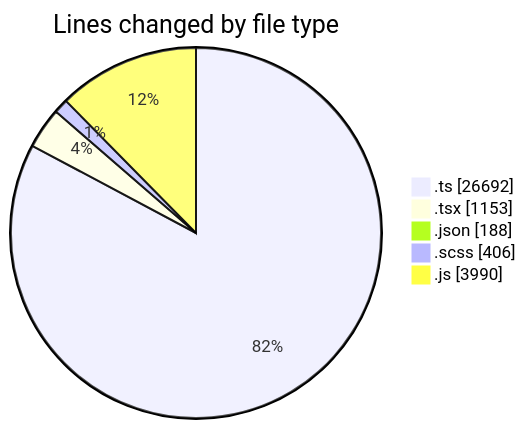
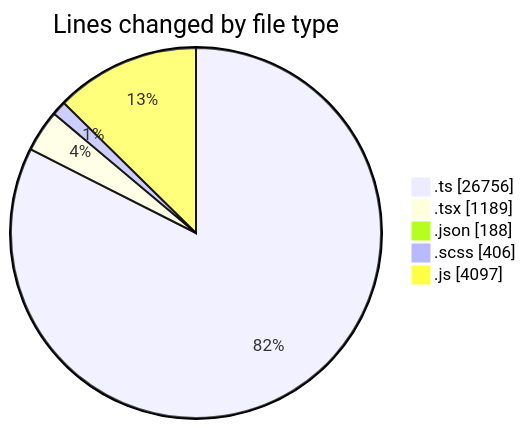
One commit to momahboobian/code-tracking changed the first of 2 diagrams in 2026-05-07/cda/README.md. Above: the diagram before and after it, drawn with Mermaid. The commit also changed other lines of this file and 1 other file, not shown here.

````diff
--- a/2026-05-07/cda/README.md
+++ b/2026-05-07/cda/README.md
@@ -46,9 +46,9 @@
 ```mermaid
 pie showData
 title Lines changed by file type
-".ts" : 26692
-".tsx" : 1153
+".ts" : 26756
+".tsx" : 1189
 ".json" : 188
 ".scss" : 406
-".js" : 3990
+".js" : 4097
 ```
````
